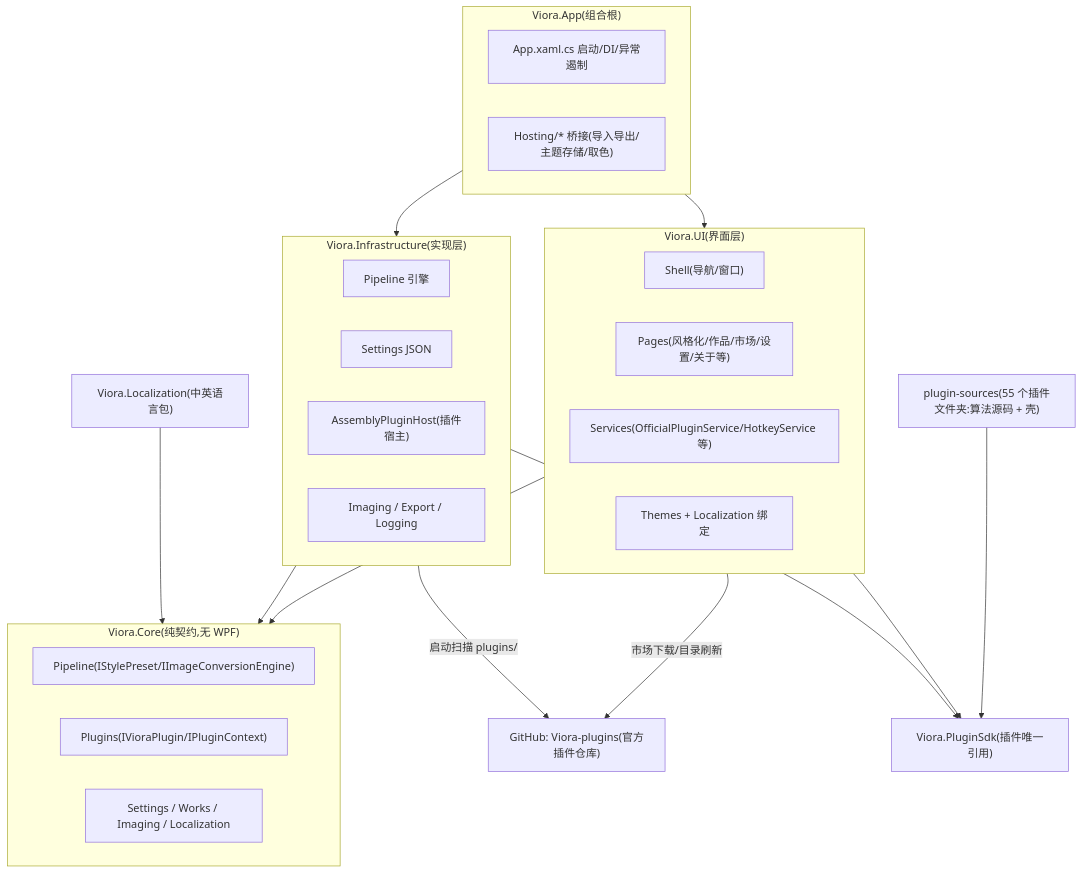
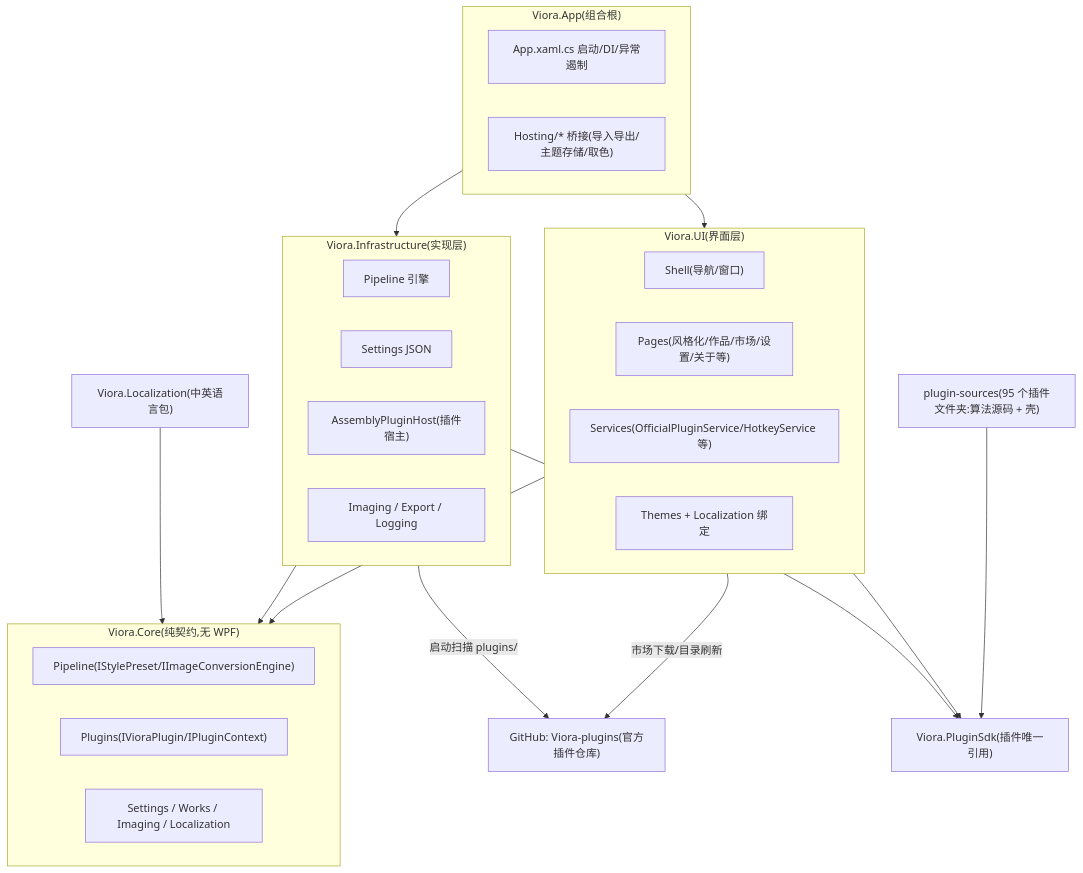
Before and after one commit to huyangpahuo/Viora: the first of 2 diagrams in docs/02-架构与代码结构.md, drawn with Mermaid. The commit also changed other lines of this file and 48 other files, not shown here.

````diff
--- a/docs/02-架构与代码结构.md
+++ b/docs/02-架构与代码结构.md
@@ -5,37 +5,37 @@
 ```mermaid
 flowchart TB
     subgraph App["Viora.App(组合根)"]
         A1["App.xaml.cs 启动/DI/异常遏制"]
         A2["Hosting/* 桥接(导入导出/主题存储/取色)"]
     end
     subgraph UI["Viora.UI(界面层)"]
         U1["Shell(导航/窗口)"]
         U2["Pages(风格化/作品/市场/设置/关于等)"]
         U3["Services(OfficialPluginService/HotkeyService 等)"]
         U4["Themes + Localization 绑定"]
     end
     subgraph Core["Viora.Core(纯契约,无 WPF)"]
         C1["Pipeline(IStylePreset/IImageConversionEngine)"]
         C2["Plugins(IVioraPlugin/IPluginContext)"]
         C3["Settings / Works / Imaging / Localization"]
     end
     subgraph Infra["Viora.Infrastructure(实现层)"]
         I1["Pipeline 引擎"]
         I2["Settings JSON"]
         I3["AssemblyPluginHost(插件宿主)"]
         I4["Imaging / Export / Logging"]
     end
     SDK["Viora.PluginSdk(插件唯一引用)"]
-    PSRC["plugin-sources(55 个插件文件夹:算法源码 + 壳)"]
+    PSRC["plugin-sources(95 个插件文件夹:算法源码 + 壳)"]
     LOC["Viora.Localization(中英语言包)"]
     MKT["GitHub: Viora-plugins(官方插件仓库)"]
 
     App --> UI --> Core
     App --> Infra --> Core
     UI --> SDK
     Infra --> SDK
     PSRC --> SDK
     LOC --> Core
     UI -- "市场下载/目录刷新" --> MKT
     Infra -- "启动扫描 plugins/" --> MKT
 ```
````
